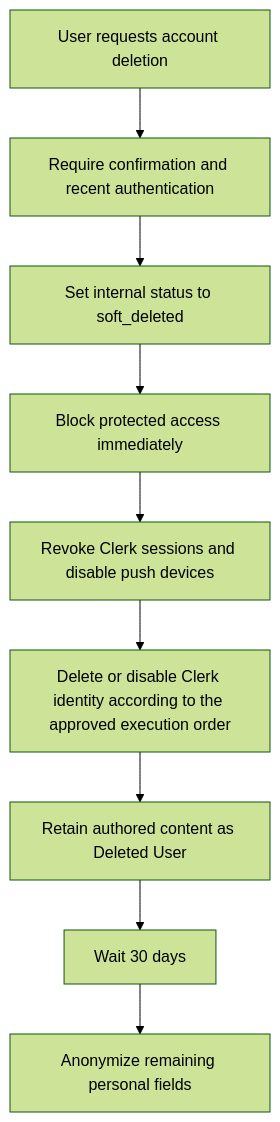
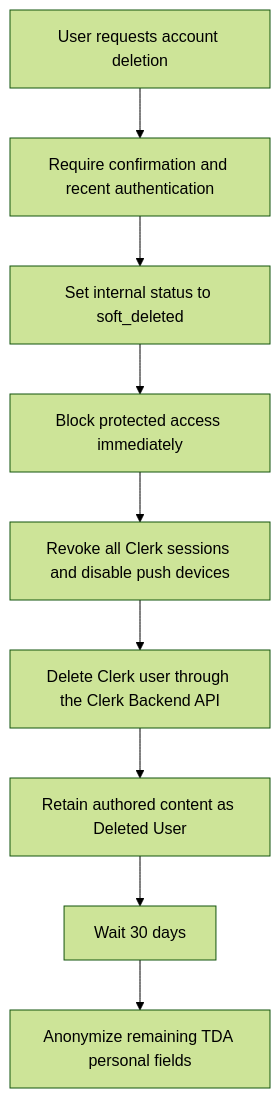
One commit to ernestosoto3/TDA changed the fourth of 4 diagrams in documentation/architecture/TDA_Authentication_Authorization_Architecture.md. Above: the diagram before and after it, drawn with Mermaid (forest theme). The commit also changed other lines of this file, not shown here.

Commit message:
[docs] : fixed Authentication and Architecture doc #26 (V)

````diff
--- a/documentation/architecture/TDA_Authentication_Authorization_Architecture.md
+++ b/documentation/architecture/TDA_Authentication_Authorization_Architecture.md
@@ -545,11 +576,11 @@
 ```mermaid
 flowchart TD
     A[User requests account deletion] --> B[Require confirmation and recent authentication]
     B --> C[Set internal status to soft_deleted]
     C --> D[Block protected access immediately]
-    D --> E[Revoke Clerk sessions and disable push devices]
-    E --> F[Delete or disable Clerk identity according to the approved execution order]
+    D --> E[Revoke all Clerk sessions and disable push devices]
+    E --> F[Delete Clerk user through the Clerk Backend API]
     F --> G[Retain authored content as Deleted User]
     G --> H[Wait 30 days]
-    H --> I[Anonymize remaining personal fields]
+    H --> I[Anonymize remaining TDA personal fields]
 ```
````
